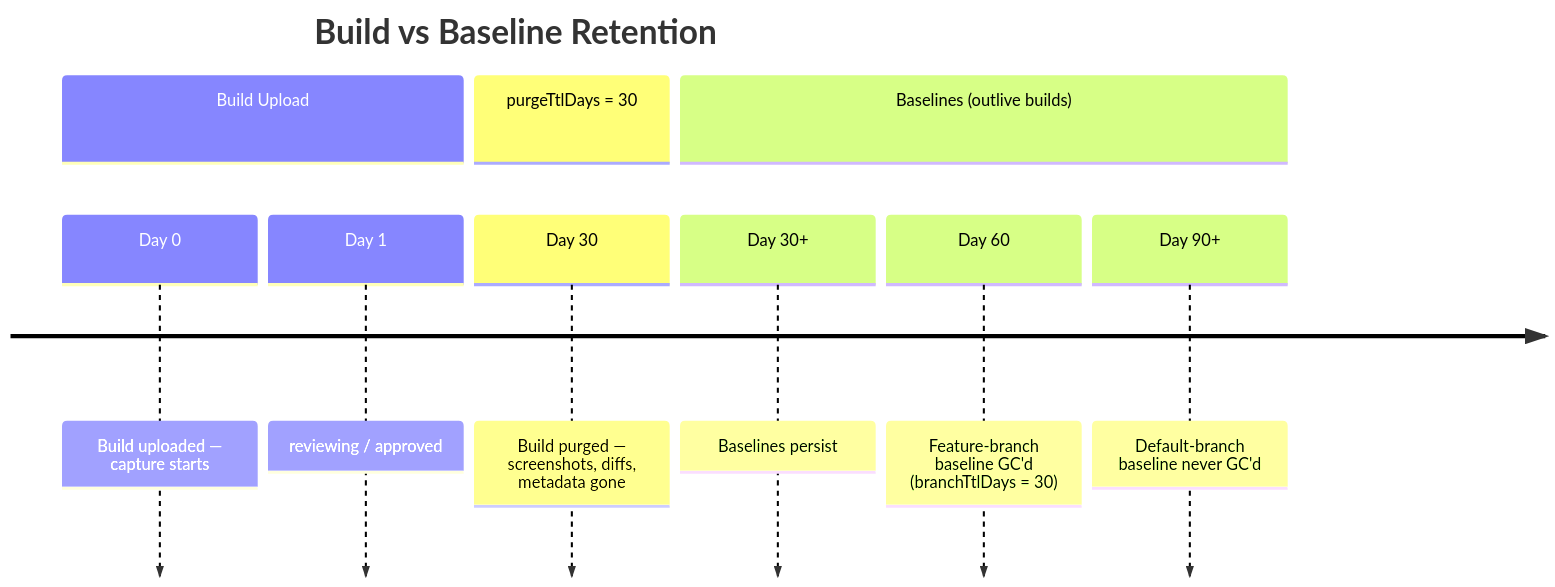
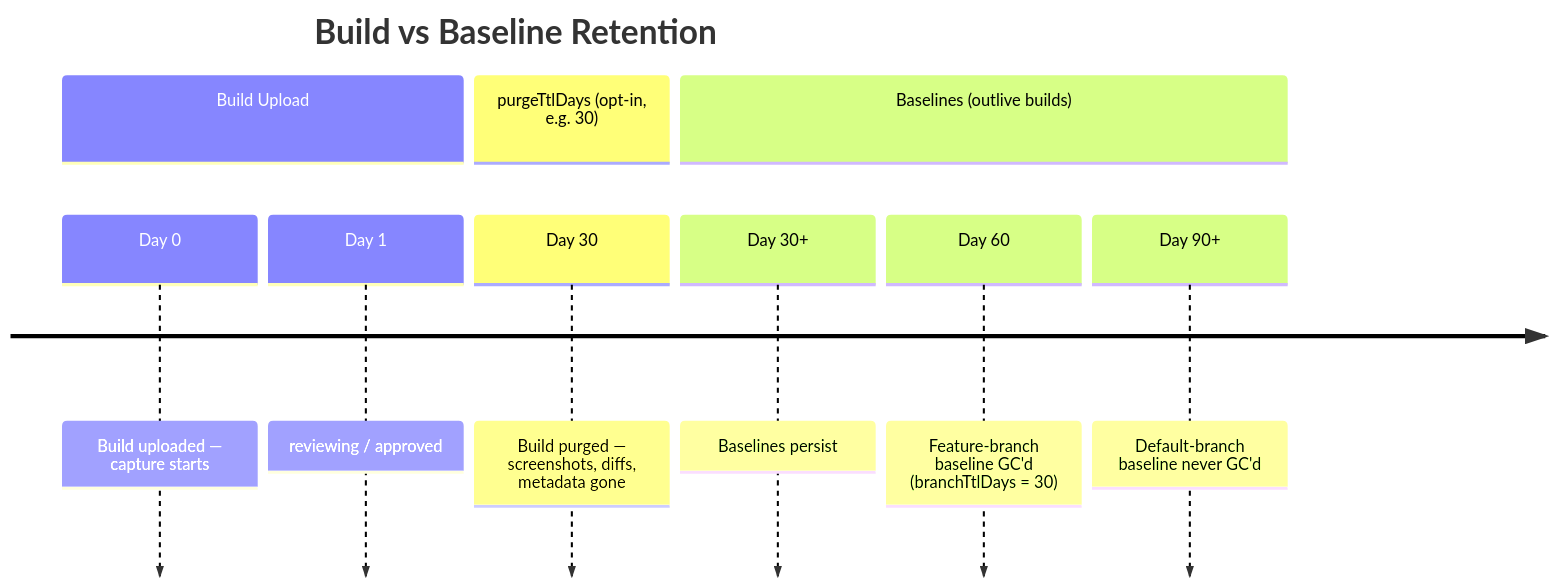
Before and after one commit to GuptaSiddhant/StoryShelf: the diagram in apps/website/src/content/docs/concepts/retention.md, drawn with Mermaid. The commit also changed other lines of this file and 35 other files, not shown here.

````diff
--- a/apps/website/src/content/docs/concepts/retention.md
+++ b/apps/website/src/content/docs/concepts/retention.md
@@ -8,13 +8,13 @@
 ```mermaid
 timeline
     title Build vs Baseline Retention
     section Build Upload
     Day 0 : Build uploaded — capture starts
     Day 1 : reviewing / approved
-    section purgeTtlDays = 30
+    section purgeTtlDays (opt-in, e.g. 30)
     Day 30 : Build purged — screenshots, diffs, metadata gone
     section Baselines (outlive builds)
     Day 30+ : Baselines persist
     Day 60 : Feature-branch baseline GC'd (branchTtlDays = 30)
     Day 90+ : Default-branch baseline never GC'd
 ```
````
